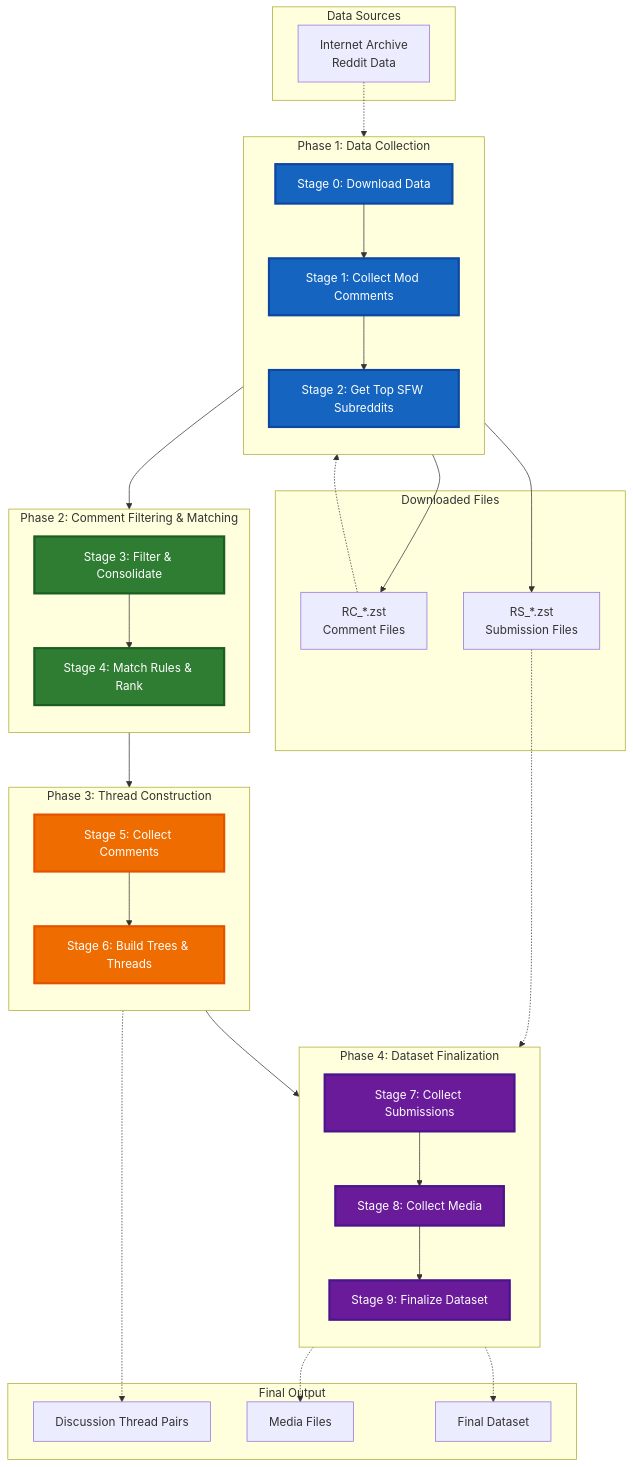
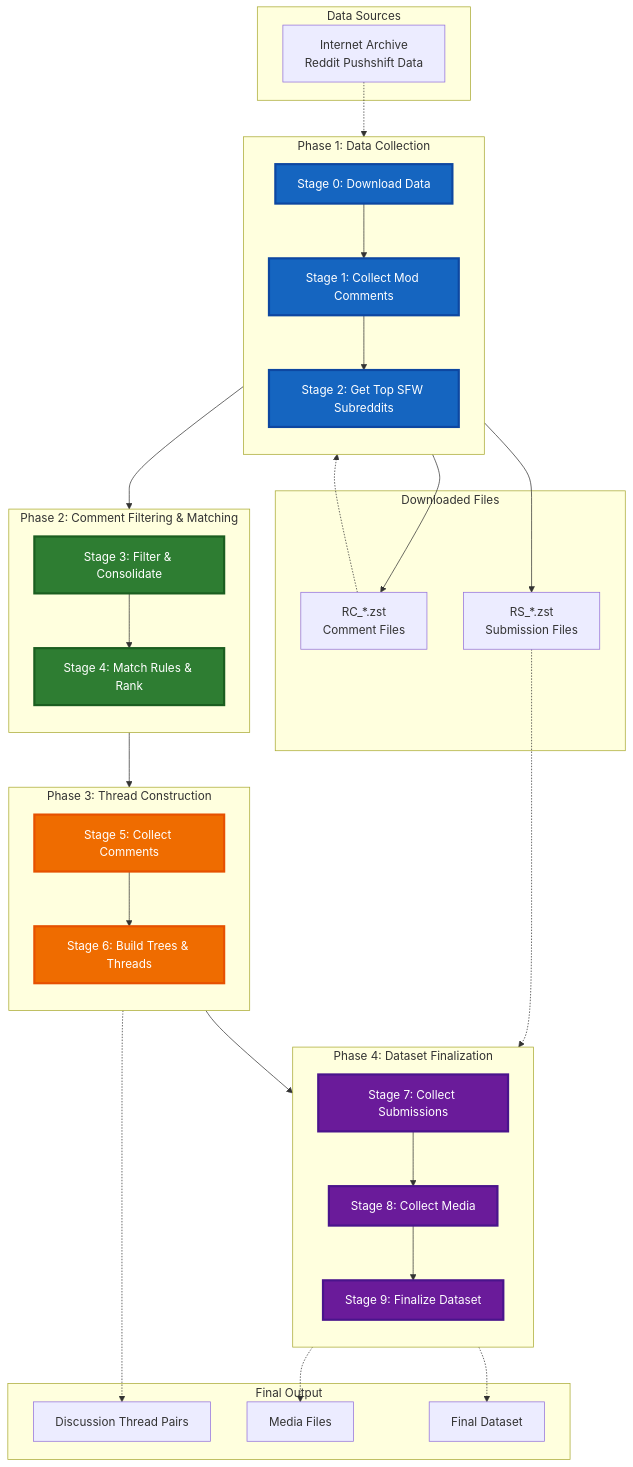
One commit to Zoher15/PluRule changed the diagram in README.md. Above: the diagram before and after it, drawn with Mermaid. The commit also changed other lines of this file, not shown here.

First line of the commit message:
Update README to specify Reddit Pushshift data source

````diff
--- a/README.md
+++ b/README.md
@@ -23,66 +23,66 @@
 ```mermaid
 flowchart TD
     subgraph P1 ["Phase&nbsp;1:&nbsp;Data&nbsp;Collection"]
         direction TB
         A[Stage 0: Download Data]:::phase1
         B[Stage 1: Collect Mod Comments]:::phase1
         C[Stage 2: Get Top SFW Subreddits]:::phase1
         A --> B --> C
     end
 
     subgraph P2 ["Phase&nbsp;2:&nbsp;Comment&nbsp;Filtering&nbsp;&&nbsp;Matching"]
         direction TB
         D[Stage 3: Filter & Consolidate]:::phase2
         E[Stage 4: Match Rules & Rank]:::phase2
         D --> E
     end
 
     subgraph P3 ["Phase&nbsp;3:&nbsp;Thread&nbsp;Construction"]
         direction TB
         F[Stage 5: Collect Comments]:::phase3
         G[Stage 6: Build Trees & Threads]:::phase3
         F --> G
     end
 
     subgraph P4 ["Phase&nbsp;4:&nbsp;Dataset&nbsp;Finalization"]
         direction TB
         H[Stage 7: Collect Submissions]:::phase4
         I[Stage 8: Collect Media]:::phase4
         J[Stage 9: Finalize Dataset]:::phase4
         H --> I --> J
     end
 
     C --> D
     E --> F
     G --> H
 
     subgraph Sources ["Data Sources"]
-        K[Internet Archive<br/>Reddit Data]
+        K[Internet Archive<br/>Reddit Pushshift Data]
     end
 
     subgraph Files ["Downloaded Files"]
         L[RC_*.zst<br/>Comment Files]
         M[RS_*.zst<br/>Submission Files]
     end
 
     subgraph Output ["Final Output"]
         N[Discussion Thread Pairs]
         O[Media Files]
         P[Final Dataset]
     end
 
     K -.-> A
     A --> L
     A --> M
     L -.-> B
     M -.-> H
     G -.-> N
     I -.-> O
     J -.-> P
 
     classDef phase1 fill:#1565c0,stroke:#0d47a1,stroke-width:3px,color:#ffffff,font-size:16px
     classDef phase2 fill:#2e7d32,stroke:#1b5e20,stroke-width:3px,color:#ffffff,font-size:16px
     classDef phase3 fill:#ef6c00,stroke:#e65100,stroke-width:3px,color:#ffffff,font-size:16px
     classDef phase4 fill:#6a1b9a,stroke:#4a148c,stroke-width:3px,color:#ffffff,font-size:16px
     classDef default font-size:16px
 ```
````
